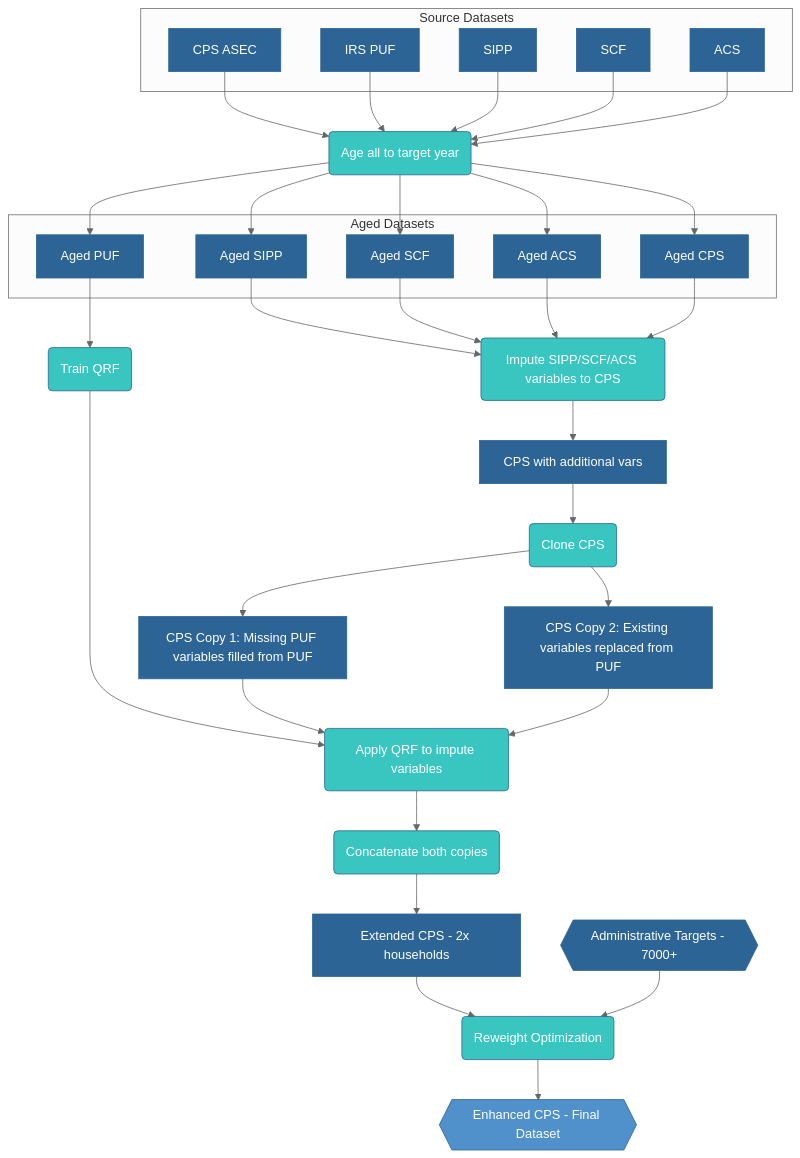
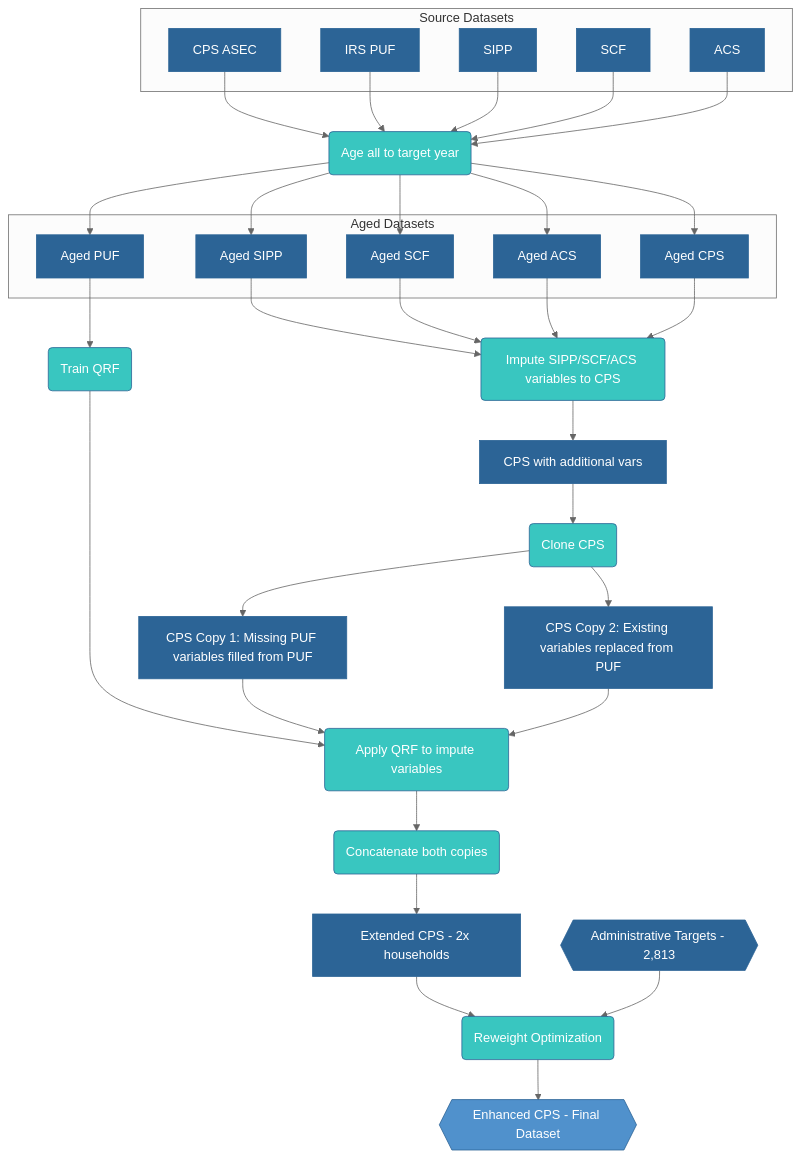
Before and after one commit to PolicyEngine/policyengine-us-data: the diagram in docs/methodology.md, drawn with Mermaid (neutral theme). The commit also changed other lines of this file and 13 other files, not shown here.

````diff
--- a/docs/methodology.md
+++ b/docs/methodology.md
@@ -5,80 +5,80 @@
 ```mermaid
 graph TD
     subgraph src["Source Datasets"]
         CPS["CPS ASEC"]:::data
         PUF["IRS PUF"]:::data
         SIPP["SIPP"]:::data
         SCF["SCF"]:::data
         ACS["ACS"]:::data
     end
     
     Age("Age all to target year"):::process
     
     subgraph aged["Aged Datasets"]
         AgedCPS["Aged CPS"]:::data
         AgedPUF["Aged PUF"]:::data
         AgedSIPP["Aged SIPP"]:::data
         AgedSCF["Aged SCF"]:::data
         AgedACS["Aged ACS"]:::data
     end
     
     ImpOther("Impute SIPP/SCF/ACS variables to CPS"):::process
     UpdatedCPS["CPS with additional vars"]:::data
     
     Clone("Clone CPS"):::process
     QRF("Train QRF"):::process
     
     Copy1["CPS Copy 1: Missing PUF variables filled from PUF"]:::data
     Copy2["CPS Copy 2: Existing variables replaced from PUF"]:::data
     
     Impute("Apply QRF to impute variables"):::process
     
     Concat("Concatenate both copies"):::process
     
     Extended["Extended CPS - 2x households"]:::data
     
-    Targets{{"Administrative Targets - 7000+"}}:::data
+    Targets{{"Administrative Targets - 2,813"}}:::data
     
     Reweight("Reweight Optimization"):::process
     
     Enhanced{{"Enhanced CPS - Final Dataset"}}:::output
     
     CPS --> Age
     PUF --> Age
     SIPP --> Age
     SCF --> Age
     ACS --> Age
     
     Age --> AgedCPS
     Age --> AgedPUF
     Age --> AgedSIPP
     Age --> AgedSCF
     Age --> AgedACS
     
     AgedSIPP --> ImpOther
     AgedSCF --> ImpOther
     AgedACS --> ImpOther
     AgedCPS --> ImpOther
     AgedPUF --> QRF
     
     ImpOther --> UpdatedCPS
     UpdatedCPS --> Clone
     
     Clone --> Copy1
     Clone --> Copy2
     
     QRF --> Impute
     Copy1 --> Impute
     Copy2 --> Impute
     
     Impute --> Concat
     Concat --> Extended
     
     Extended --> Reweight
     Targets --> Reweight
     Reweight --> Enhanced
     
     classDef data fill:#2C6496,stroke:#2C6496,color:#FFFFFF
     classDef process fill:#39C6C0,stroke:#2C6496,color:#FFFFFF
     classDef output fill:#5091CC,stroke:#2C6496,color:#FFFFFF
 ```
````
